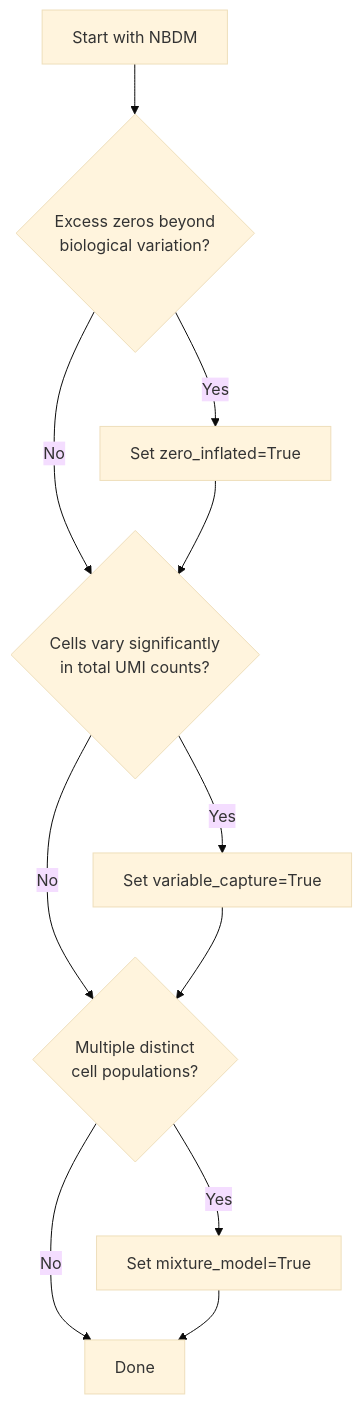
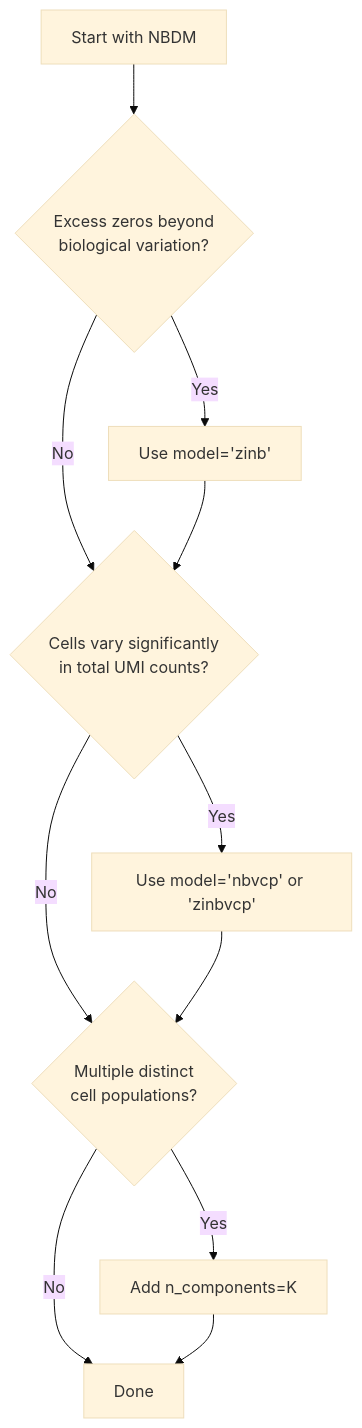
One commit to mrazomej/scribe changed the diagram in docs/models/index.md. Above: the diagram before and after it, drawn with Mermaid (base theme). The commit also changed other lines of this file and 5 other files, not shown here.

````diff
--- a/docs/models/index.md
+++ b/docs/models/index.md
@@ -48,13 +42,13 @@
 ```mermaid
 graph TD
     Start["Start with NBDM"] --> Q1{"Excess zeros beyond<br/>biological variation?"}
-    Q1 -->|Yes| ZI["Set zero_inflated=True"]
+    Q1 -->|Yes| ZI["Use model='zinb'"]
     Q1 -->|No| Q2
     ZI --> Q2{"Cells vary significantly<br/>in total UMI counts?"}
-    Q2 -->|Yes| VCP["Set variable_capture=True"]
+    Q2 -->|Yes| VCP["Use model='nbvcp' or 'zinbvcp'"]
     Q2 -->|No| Q3
     VCP --> Q3{"Multiple distinct<br/>cell populations?"}
-    Q3 -->|Yes| Mix["Set mixture_model=True"]
+    Q3 -->|Yes| Mix["Add n_components=K"]
     Q3 -->|No| Done["Done"]
     Mix --> Done
 ```
````
